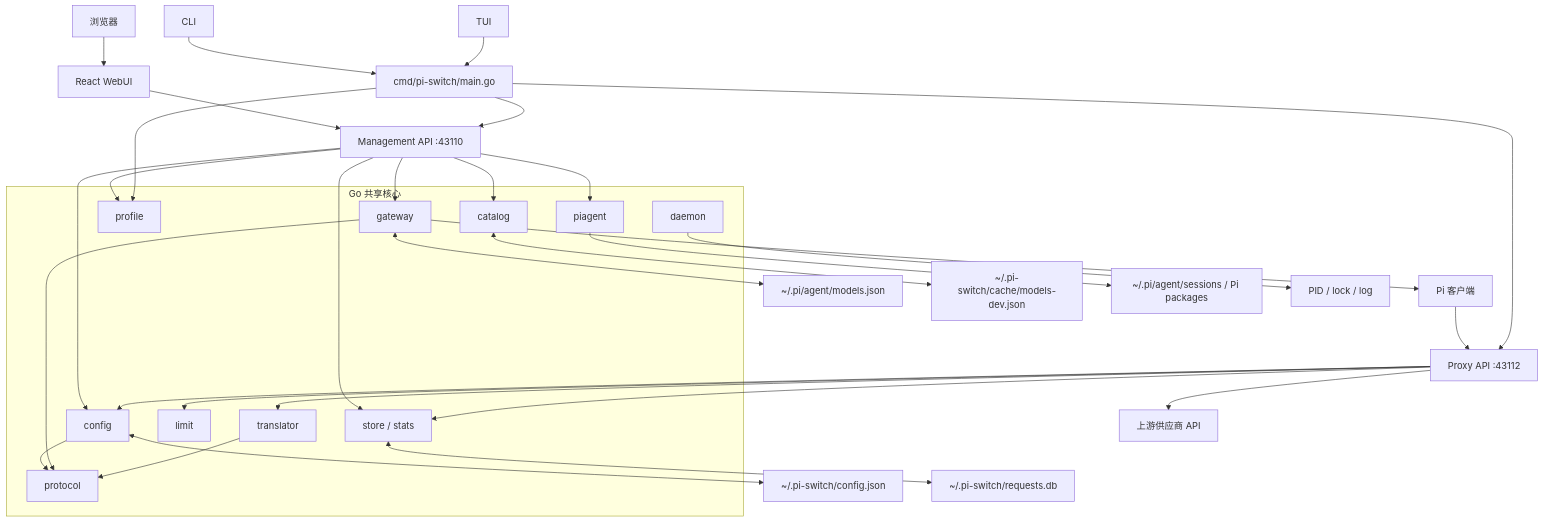
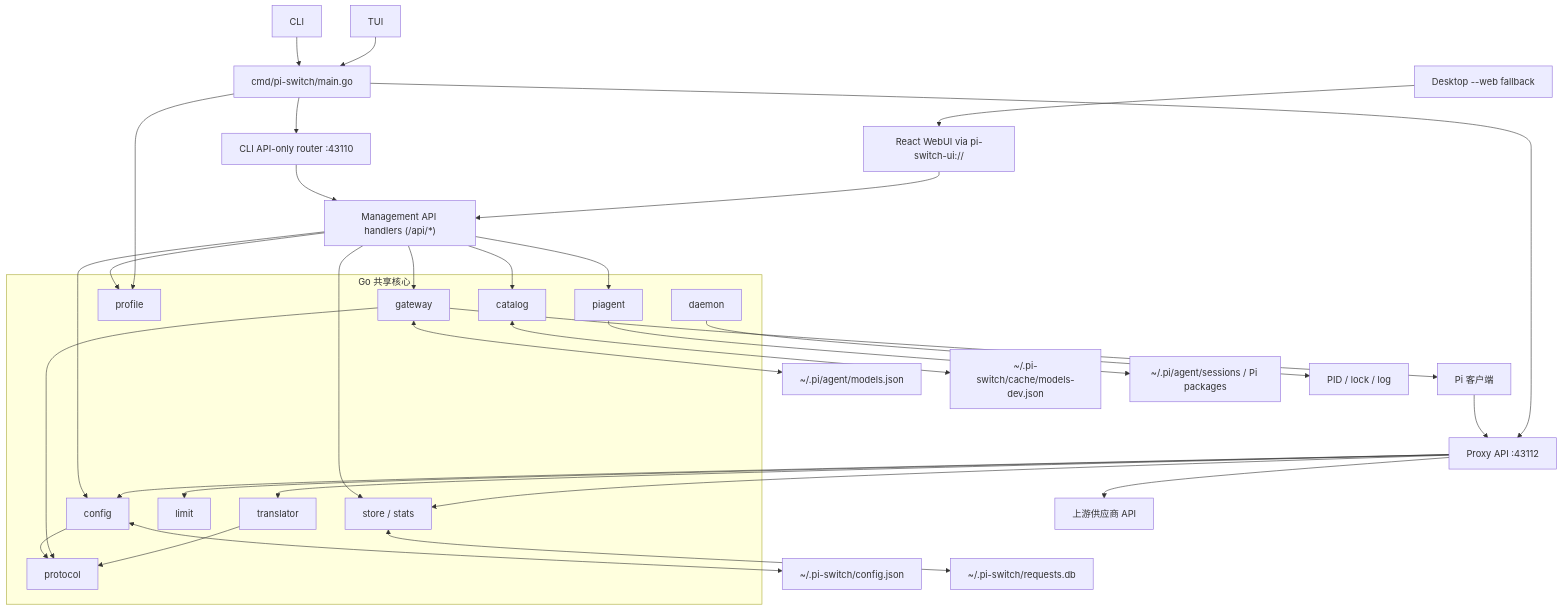
Before and after one commit to heihei0299/pi-switch: the diagram in docs/architecture.md, drawn with Mermaid. The commit also changed other lines of this file, not shown here.

Commit message:
docs(architecture): clarify CLI API and desktop fallback

````diff
--- a/docs/architecture.md
+++ b/docs/architecture.md
@@ -30,50 +31,51 @@
 ```mermaid
 flowchart TB
     Pi["Pi 客户端"] --> Proxy["Proxy API :43112"]
-    Browser["浏览器"] --> WebUI["React WebUI"]
-    WebUI --> Mgmt["Management API :43110"]
     CLI["CLI"] --> Main["cmd/pi-switch/main.go"]
     TUI["TUI"] --> Main
     Main --> Proxy
-    Main --> Mgmt
+    Main --> MgmtHTTP["CLI API-only router :43110"]
+    MgmtHTTP --> Mgmt["Management API handlers (/api/*)"]
+    Desktop["Desktop --web fallback"] --> WebUI["React WebUI via pi-switch-ui://"]
+    WebUI --> Mgmt
 
     subgraph GoCore["Go 共享核心"]
         Config["config"]
         Gateway["gateway"]
         Translator["translator"]
         Profile["profile"]
         Protocol["protocol"]
         Limit["limit"]
         Store["store / stats"]
         Catalog["catalog"]
         Daemon["daemon"]
         PiAgent["piagent"]
     end
 
     Mgmt --> Config
     Mgmt --> Gateway
     Mgmt --> Profile
     Mgmt --> Store
     Mgmt --> Catalog
     Mgmt --> PiAgent
     Main --> Profile
 
     Config --> Protocol
     Gateway --> Protocol
     Translator --> Protocol
 
     Proxy --> Config
     Proxy --> Translator
     Proxy --> Limit
     Proxy --> Store
     Proxy --> Upstream["上游供应商 API"]
 
     Config <--> ConfigFile["~/.pi-switch/config.json"]
     Gateway <--> ModelsFile["~/.pi/agent/models.json"]
     Catalog <--> CatalogFile["~/.pi-switch/cache/models-dev.json"]
     Store <--> RequestsDB["~/.pi-switch/requests.db"]
     PiAgent --> Sessions["~/.pi/agent/sessions / Pi packages"]
     Daemon --> Runtime["PID / lock / log"]
 
     Gateway --> Pi
 ```
````
